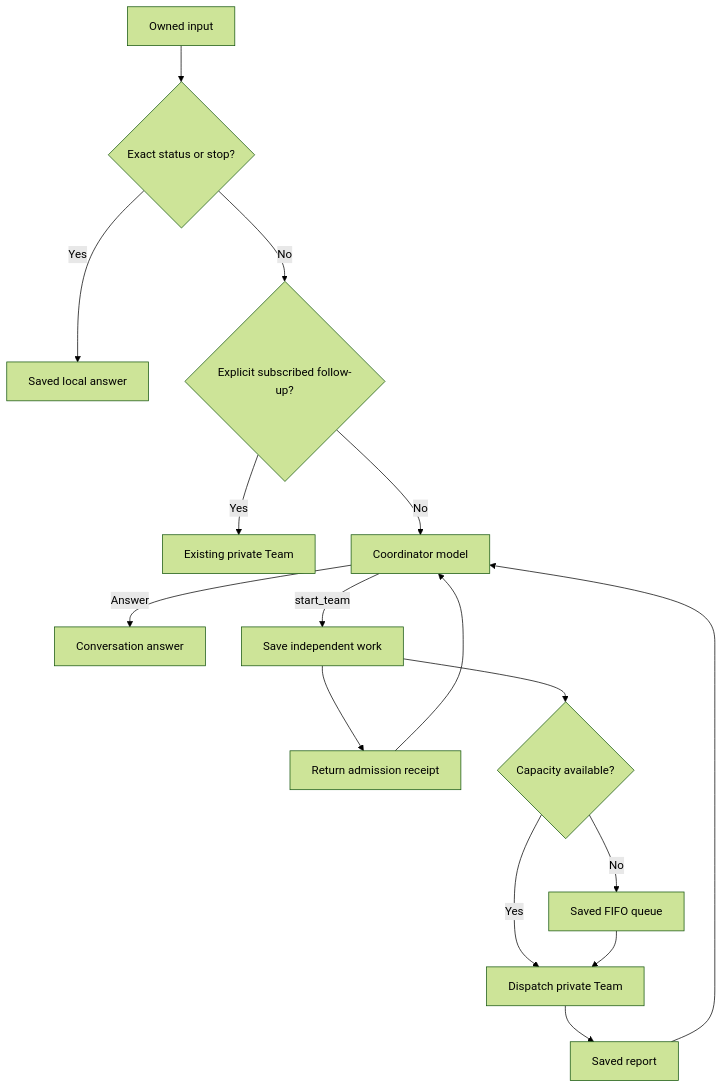
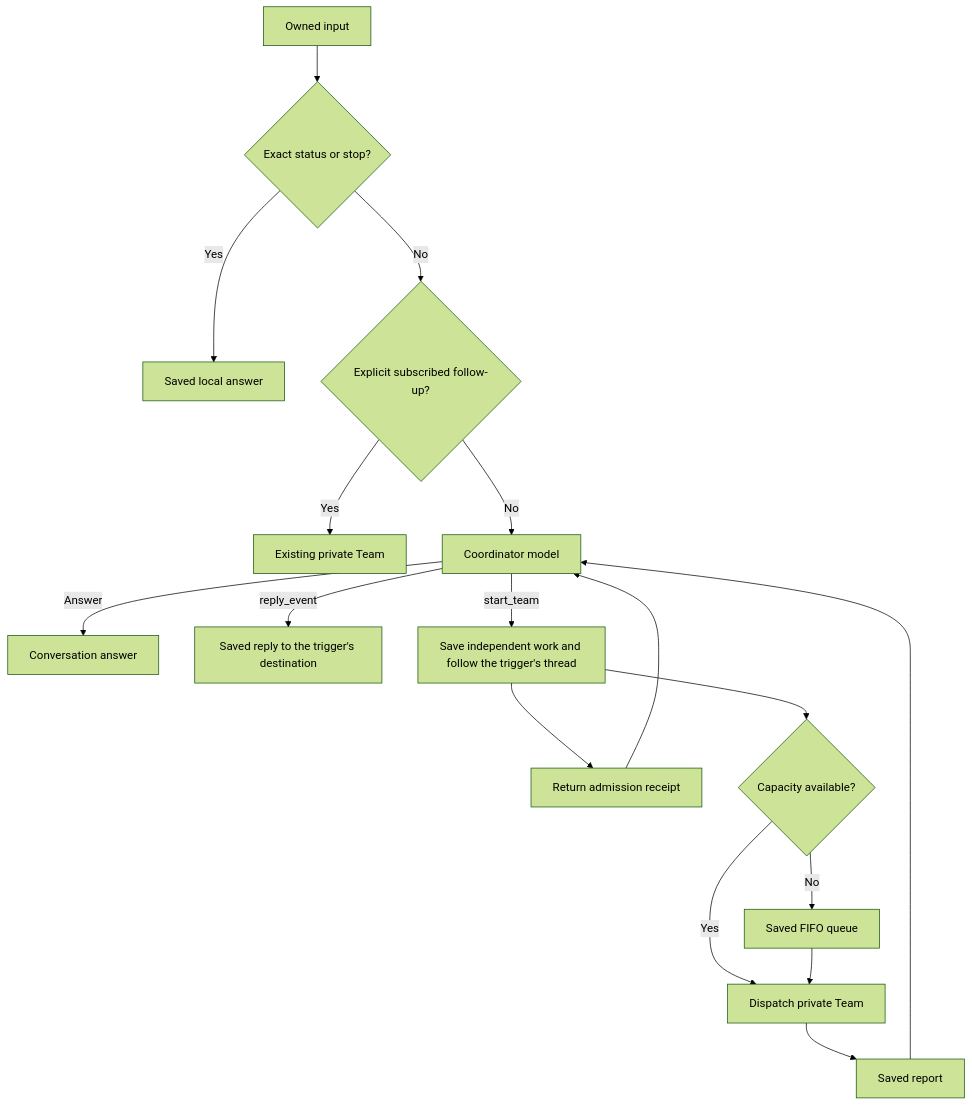
Before and after one commit to jhonsfran/cerebro: the second of 2 diagrams in docs/architecture/slack-coordinator.md, drawn with Mermaid (forest theme). The commit also changed other lines of this file and 98 other files, not shown here.

````diff
--- a/docs/architecture/slack-coordinator.md
+++ b/docs/architecture/slack-coordinator.md
@@ -40,18 +62,19 @@
 ```mermaid
 flowchart TD
   Input[Owned input] --> Check{Exact status or stop?}
   Check -->|Yes| Local[Saved local answer]
   Check -->|No| Route{Explicit subscribed follow-up?}
   Route -->|Yes| Team[Existing private Team]
   Route -->|No| Model[Coordinator model]
   Model -->|Answer| Answer[Conversation answer]
-  Model -->|start_team| Save[Save independent work]
+  Model -->|reply_event| Reply[Saved reply to the trigger's destination]
+  Model -->|start_team| Save[Save independent work and follow the trigger's thread]
   Save --> Ack[Return admission receipt]
   Ack --> Model
   Save --> Capacity{Capacity available?}
   Capacity -->|Yes| Start[Dispatch private Team]
   Capacity -->|No| Wait[Saved FIFO queue]
   Wait --> Start
   Start --> Report[Saved report]
   Report --> Model
 ```
````
